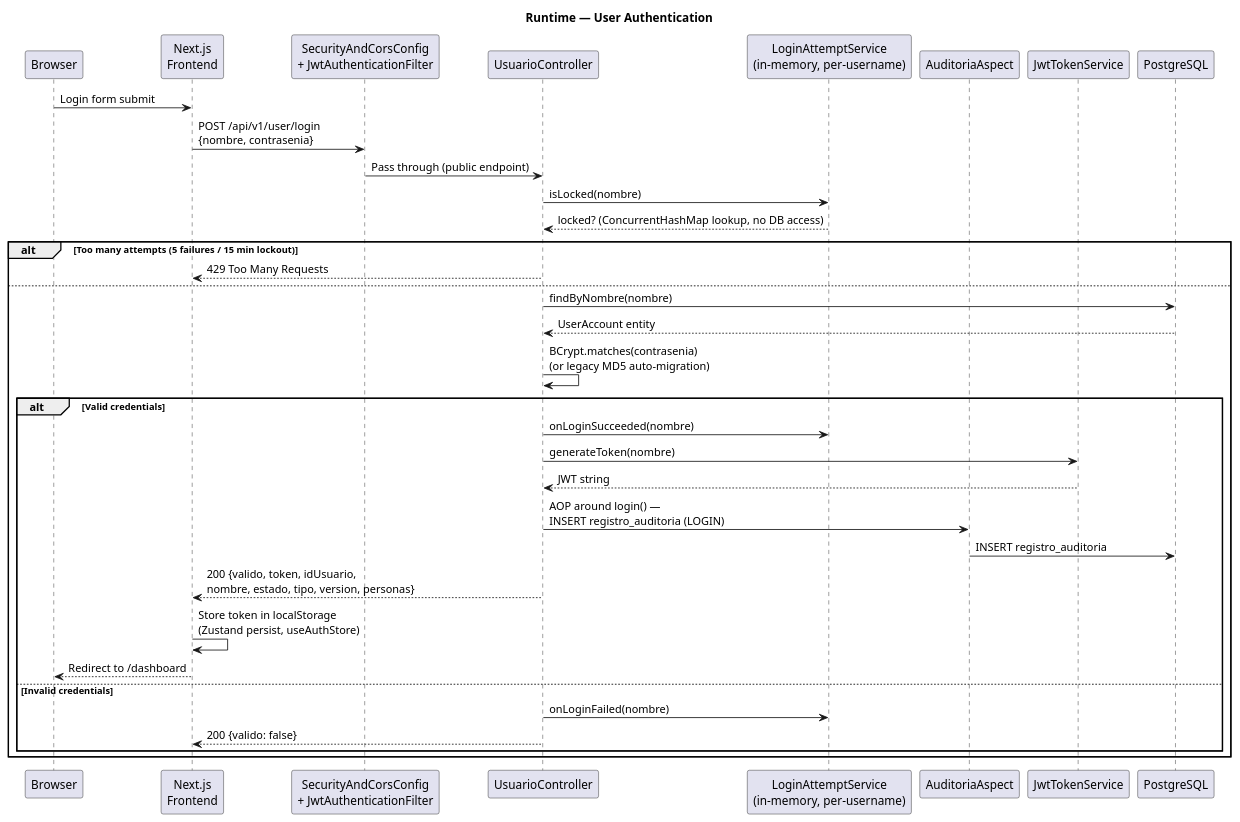
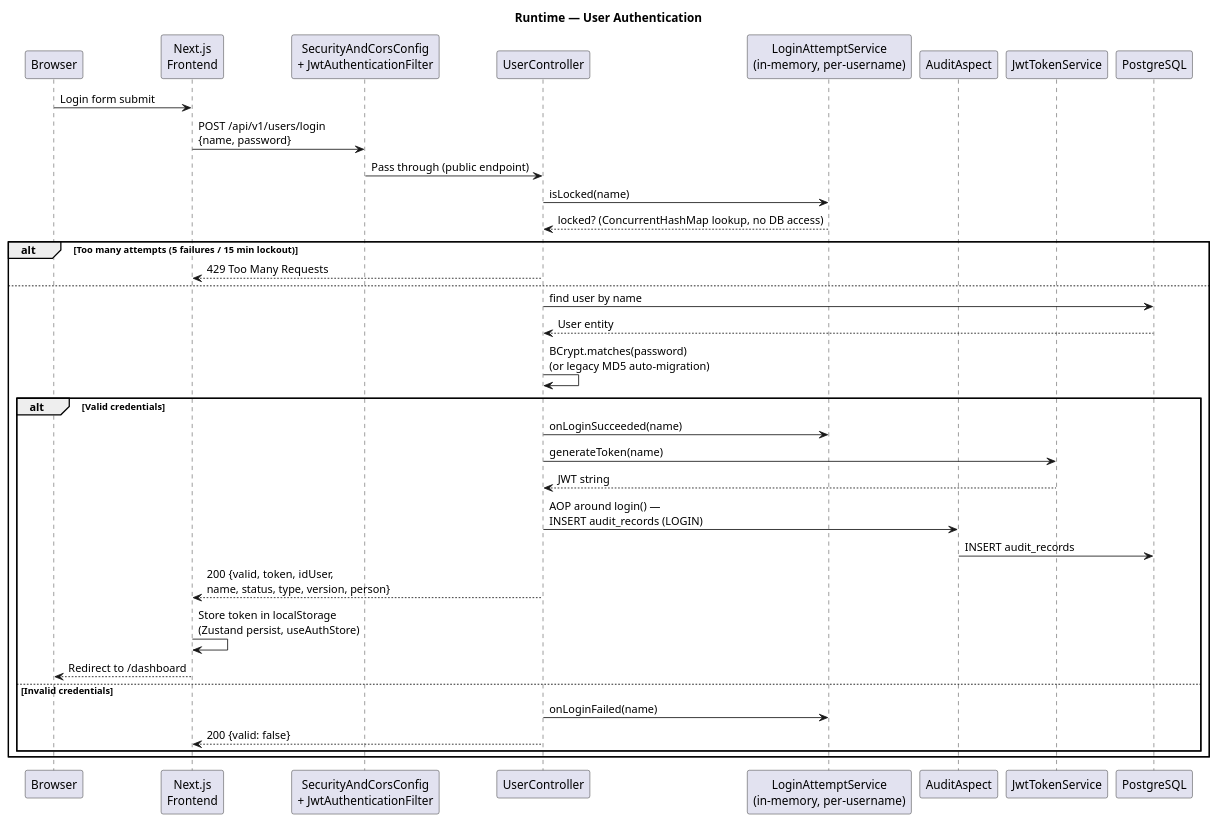
Before and after one commit to matiaspakua/notaire: the eighth of 13 diagrams in docs/200-architecture/201-SAD/sad.md, drawn with PlantUML. The commit also changed other lines of this file and 11 other files, not shown here.

First line of the commit message:
docs(architecture): name current types in English

````diff
--- a/docs/200-architecture/201-SAD/sad.md
+++ b/docs/200-architecture/201-SAD/sad.md
@@ -628,40 +628,40 @@
 ```plantuml
 @startuml
 title Runtime — User Authentication
 
 participant "Browser" as B
 participant "Next.js\nFrontend" as FE
 participant "SecurityAndCorsConfig\n+ JwtAuthenticationFilter" as Sec
-participant "UsuarioController" as Ctrl
+participant "UserController" as Ctrl
 participant "LoginAttemptService\n(in-memory, per-username)" as Login
-participant "AuditoriaAspect" as Audit
+participant "AuditAspect" as Audit
 participant "JwtTokenService" as JWT
 participant "PostgreSQL" as DB
 
 B -> FE : Login form submit
-FE -> Sec : POST /api/v1/user/login\n{nombre, contrasenia}
+FE -> Sec : POST /api/v1/users/login\n{name, password}
 Sec -> Ctrl : Pass through (public endpoint)
-Ctrl -> Login : isLocked(nombre)
+Ctrl -> Login : isLocked(name)
 Login --> Ctrl : locked? (ConcurrentHashMap lookup, no DB access)
 alt Too many attempts (5 failures / 15 min lockout)
   Ctrl --> FE : 429 Too Many Requests
 else
-  Ctrl -> DB : findByNombre(nombre)
-  DB --> Ctrl : UserAccount entity
-  Ctrl -> Ctrl : BCrypt.matches(contrasenia)\n(or legacy MD5 auto-migration)
+  Ctrl -> DB : find user by name
+  DB --> Ctrl : User entity
+  Ctrl -> Ctrl : BCrypt.matches(password)\n(or legacy MD5 auto-migration)
   alt Valid credentials
-    Ctrl -> Login : onLoginSucceeded(nombre)
-    Ctrl -> JWT : generateToken(nombre)
+    Ctrl -> Login : onLoginSucceeded(name)
+    Ctrl -> JWT : generateToken(name)
     JWT --> Ctrl : JWT string
-    Ctrl -> Audit : AOP around login() —\nINSERT registro_auditoria (LOGIN)
-    Audit -> DB : INSERT registro_auditoria
-    Ctrl --> FE : 200 {valido, token, idUsuario,\nnombre, estado, tipo, version, personas}
+    Ctrl -> Audit : AOP around login() —\nINSERT audit_records (LOGIN)
+    Audit -> DB : INSERT audit_records
+    Ctrl --> FE : 200 {valid, token, idUser,\nname, status, type, version, person}
     FE -> FE : Store token in localStorage\n(Zustand persist, useAuthStore)
     FE --> B : Redirect to /dashboard
   else Invalid credentials
-    Ctrl -> Login : onLoginFailed(nombre)
-    Ctrl --> FE : 200 {valido: false}
+    Ctrl -> Login : onLoginFailed(name)
+    Ctrl --> FE : 200 {valid: false}
   end
 end
 @enduml
 ```
````
